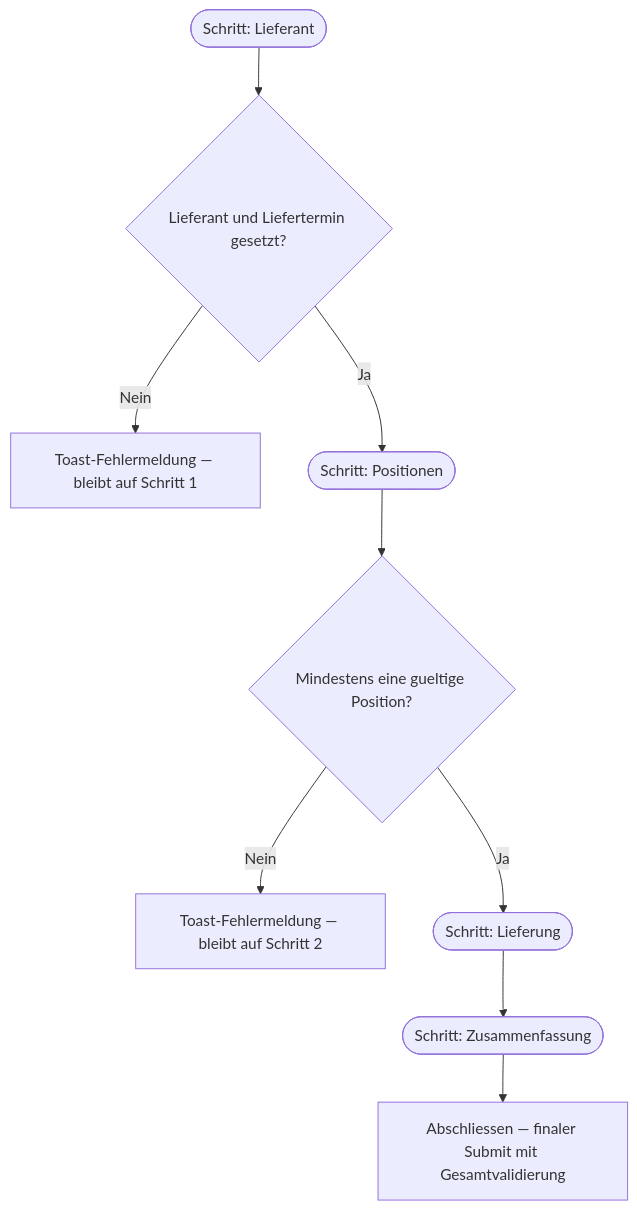
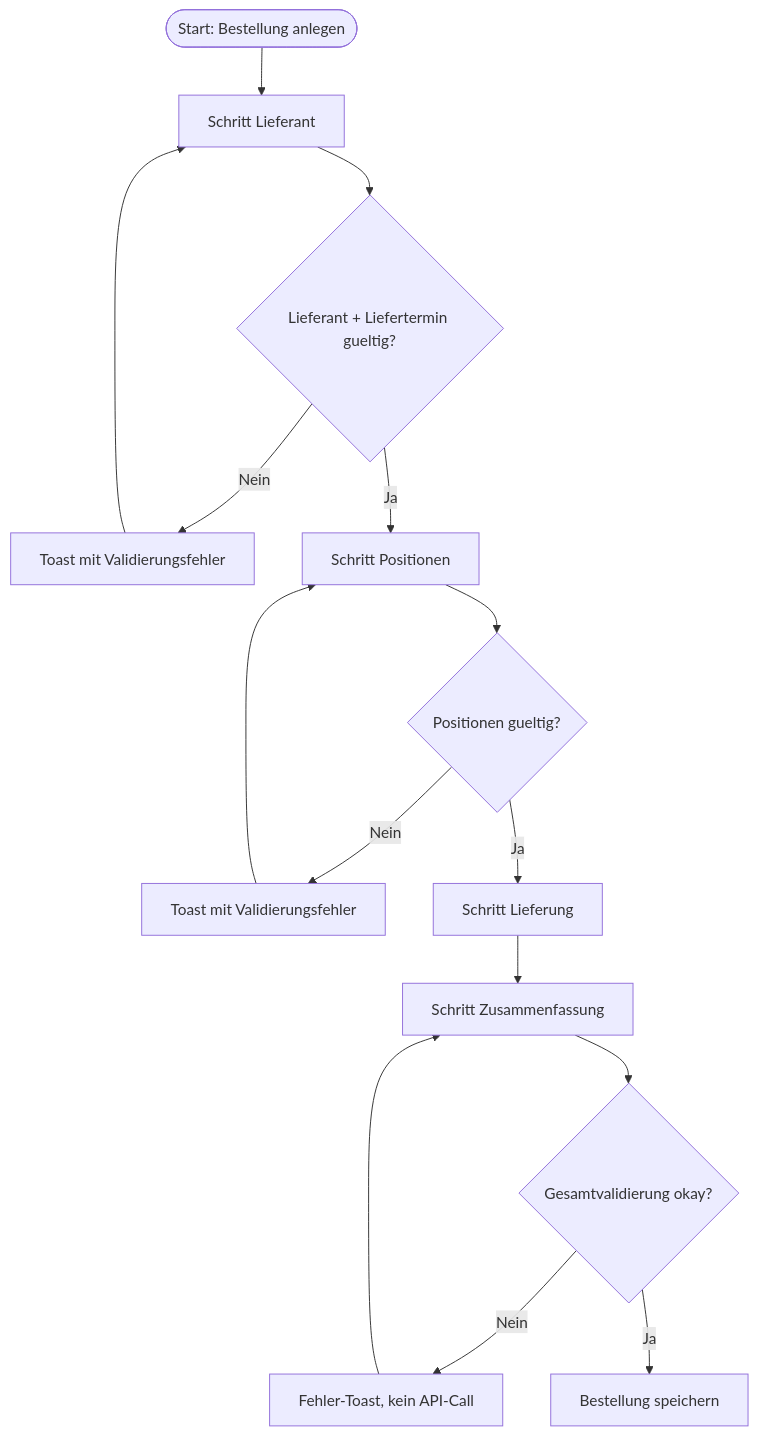
The diagram in docs/workflows/p2p-050-wizard-schrittvalidierung.md (JochenWeerda/VALEO-NeuroERP-3.0), drawn with Mermaid before and after one commit. The commit also changed other lines of this file and 17 other files, not shown here.

````diff
--- a/docs/workflows/p2p-050-wizard-schrittvalidierung.md
+++ b/docs/workflows/p2p-050-wizard-schrittvalidierung.md
@@ -20,11 +30,17 @@
 ```mermaid
 flowchart TD
-    A([Schritt: Lieferant]) --> B{Lieferant und Liefertermin gesetzt?}
-    B -->|Nein| C[Toast-Fehlermeldung — bleibt auf Schritt 1]
-    B -->|Ja| D([Schritt: Positionen])
-    D --> E{Mindestens eine gueltige Position?}
-    E -->|Nein| F[Toast-Fehlermeldung — bleibt auf Schritt 2]
-    E -->|Ja| G([Schritt: Lieferung])
-    G --> H([Schritt: Zusammenfassung])
-    H --> I[Abschliessen — finaler Submit mit Gesamtvalidierung]
+    A([Start: Bestellung anlegen]) --> B[Schritt Lieferant]
+    B --> C{Lieferant + Liefertermin gueltig?}
+    C -->|Nein| D[Toast mit Validierungsfehler]
+    D --> B
+    C -->|Ja| E[Schritt Positionen]
+    E --> F{Positionen gueltig?}
+    F -->|Nein| G[Toast mit Validierungsfehler]
+    G --> E
+    F -->|Ja| H[Schritt Lieferung]
+    H --> I[Schritt Zusammenfassung]
+    I --> J{Gesamtvalidierung okay?}
+    J -->|Nein| K[Fehler-Toast, kein API-Call]
+    K --> I
+    J -->|Ja| L[Bestellung speichern]
 ```
````
